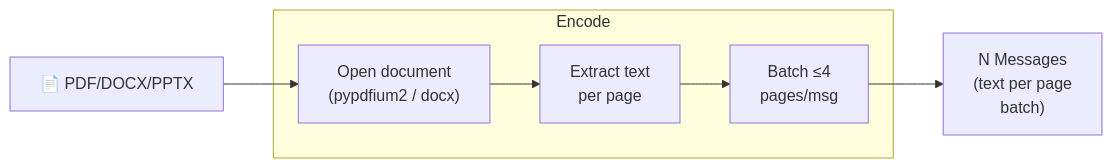
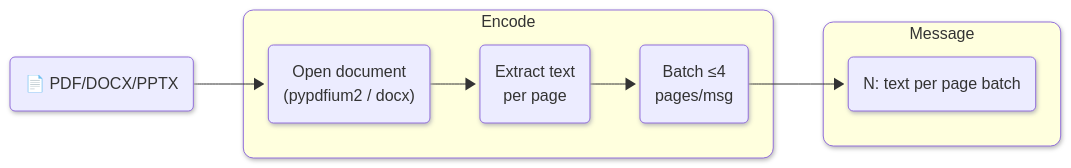
Before and after one commit to vlm-run/mm: diagram 13 of 17 in docs/ENCODERS.md, drawn with Mermaid. The commit also changed other lines of this file and 1 other file, not shown here.

Commit message:
Use a proper message block with subgroups (#146)

````diff
--- a/docs/ENCODERS.md
+++ b/docs/ENCODERS.md
@@ -305,14 +366,19 @@
 ```mermaid
+%%{init: {'look': 'neo'} }%%
 graph LR
-  doc["📄 PDF/DOCX/PPTX"]
+  doc("📄 PDF/DOCX/PPTX")
 
   subgraph encode ["Encode"]
-    open["Open document\n(pypdfium2 / docx)"]
-    extract["Extract text\nper page"]
-    batch["Batch ≤4\npages/msg"]
+    open("Open document\n(pypdfium2 / docx)")
+    extract("Extract text\nper page")
+    batch("Batch ≤4\npages/msg")
   end
 
-  msgs["N Messages\n(text per page\nbatch)"]
+  subgraph message ["Message"]
+    msgs("N: text per page batch")
+  end
 
   doc --> open --> extract --> batch --> msgs
+  style encode rx:10px,ry:10px
+  style message rx:10px,ry:10px
 ```
````
